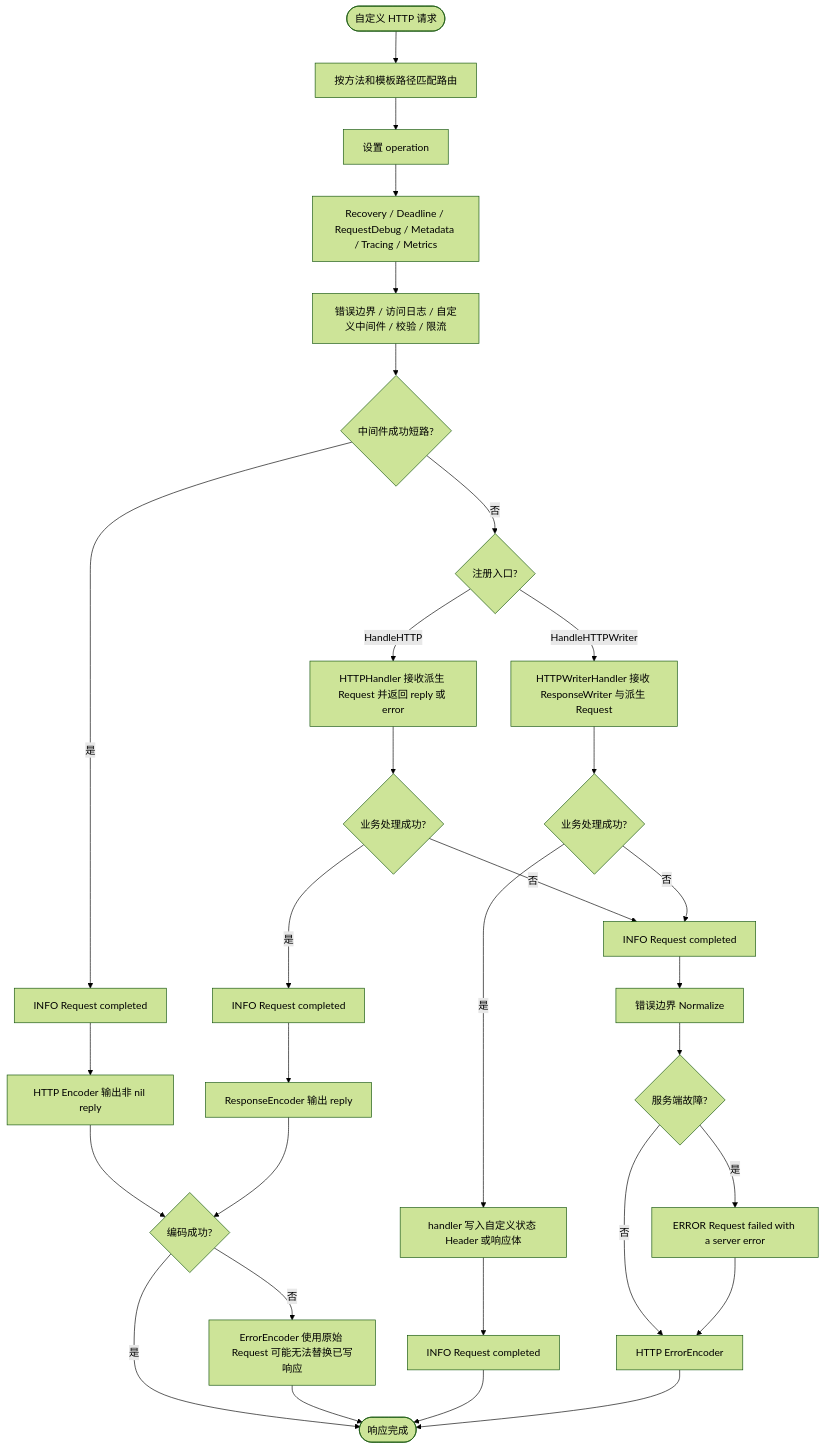
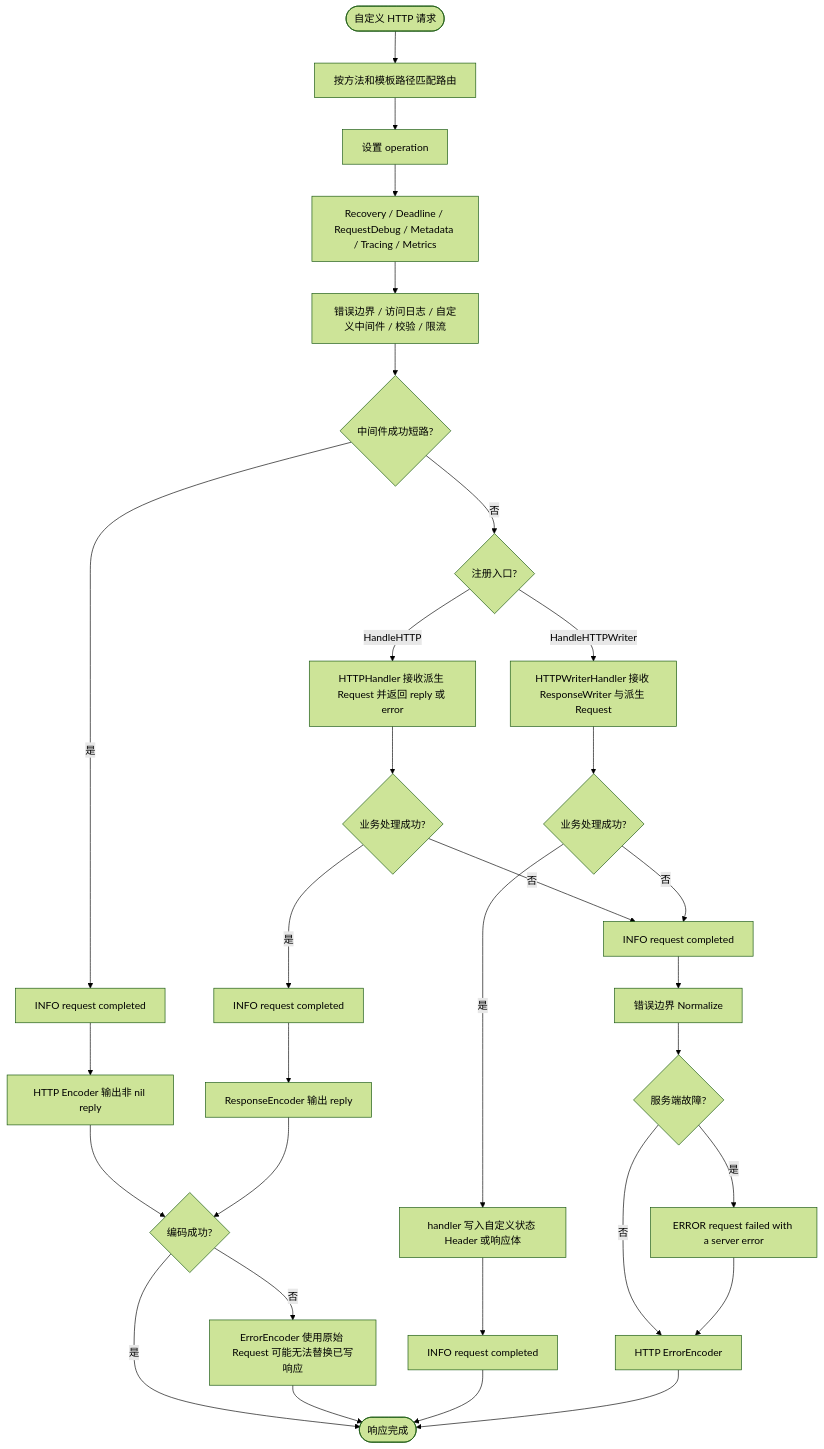
The fourth of 10 diagrams in pkg/server/README.md (jaggerzhuang1994/kratos-foundation), drawn with Mermaid (forest theme) before and after one commit. The commit also changed other lines of this file and 59 other files, not shown here.

````diff
--- a/pkg/server/README.md
+++ b/pkg/server/README.md
@@ -153,33 +153,33 @@
 ```mermaid
 flowchart TD
     A([自定义 HTTP 请求]) --> B[按方法和模板路径匹配路由]
     B --> C[设置 operation]
     C --> D[Recovery / Deadline / RequestDebug / Metadata / Tracing / Metrics]
     D --> E[错误边界 / 访问日志 / 自定义中间件 / 校验 / 限流]
     E --> P{中间件成功短路?}
-    P -- 是 --> Q[INFO Request completed]
+    P -- 是 --> Q[INFO request completed]
     Q --> R[HTTP Encoder 输出非 nil reply]
     R --> Z{编码成功?}
     Z -- 是 --> J
     Z -- 否 --> Y[ErrorEncoder 使用原始 Request 可能无法替换已写响应]
     Y --> J
     P -- 否 --> F{注册入口?}
     F -- HandleHTTP --> G[HTTPHandler 接收派生 Request 并返回 reply 或 error]
     G --> H{业务处理成功?}
-    H -- 是 --> I[INFO Request completed]
+    H -- 是 --> I[INFO request completed]
     I --> S[ResponseEncoder 输出 reply]
     S --> Z
     F -- HandleHTTPWriter --> T[HTTPWriterHandler 接收 ResponseWriter 与派生 Request]
     T --> U{业务处理成功?}
     U -- 是 --> V[handler 写入自定义状态 Header 或响应体]
-    V --> W[INFO Request completed]
+    V --> W[INFO request completed]
     W --> J([响应完成])
-    H -- 否 --> K[INFO Request completed]
+    H -- 否 --> K[INFO request completed]
     U -- 否 --> K
     K --> L[错误边界 Normalize]
     L --> O{服务端故障?}
-    O -- 是 --> M[ERROR Request failed with a server error]
+    O -- 是 --> M[ERROR request failed with a server error]
     O -- 否 --> N[HTTP ErrorEncoder]
     M --> N
     N --> J
 ```
````
